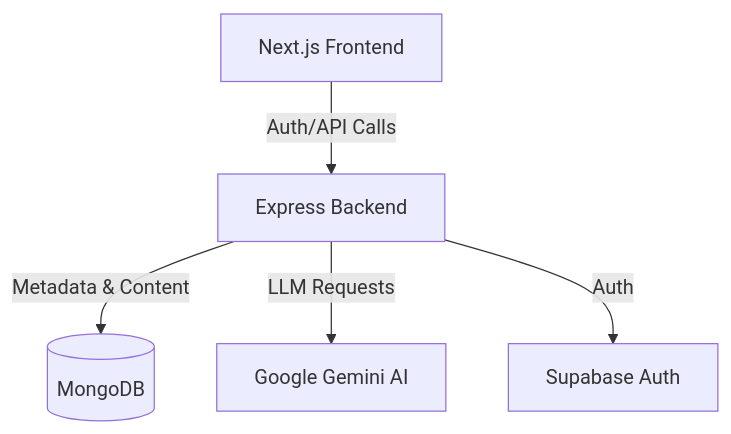
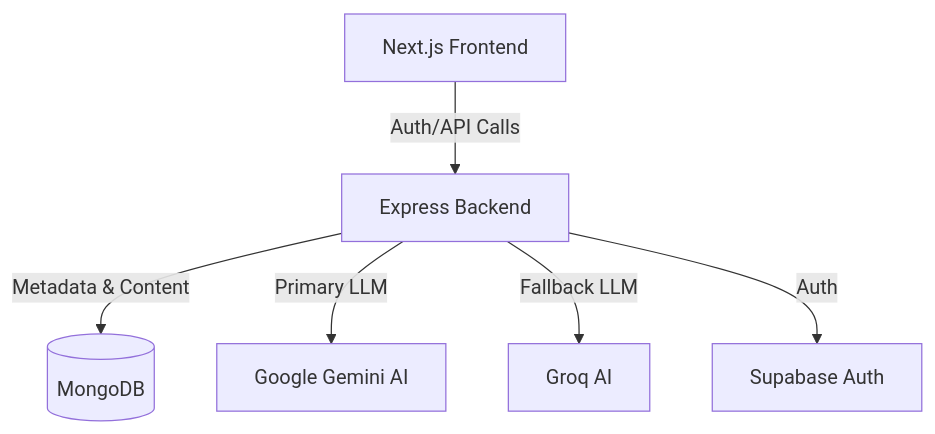
Before and after one commit to Vegapunk-debug/the-professor: the diagram in README.md, drawn with Mermaid. The commit also changed 4 other files, not shown here.

````diff
--- a/README.md
+++ b/README.md
@@ -67,7 +67,8 @@
 ```mermaid
 graph TD
     Client[Next.js Frontend] -->|Auth/API Calls| Server[Express Backend]
     Server -->|Metadata & Content| MongoDB[(MongoDB)]
-    Server -->|LLM Requests| Gemini[Google Gemini AI]
+    Server -->|Primary LLM| Gemini[Google Gemini AI]
+    Server -->|Fallback LLM| Groq[Groq AI]
     Server -->|Auth| Supabase[Supabase Auth]
 ```
````
